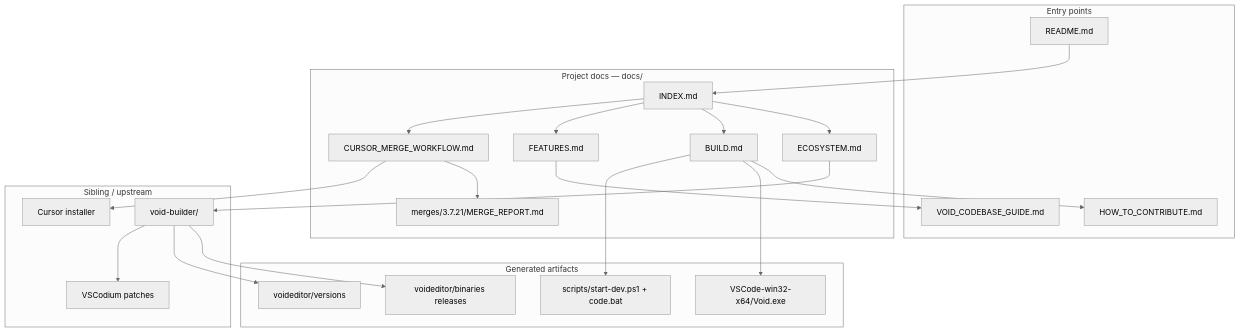
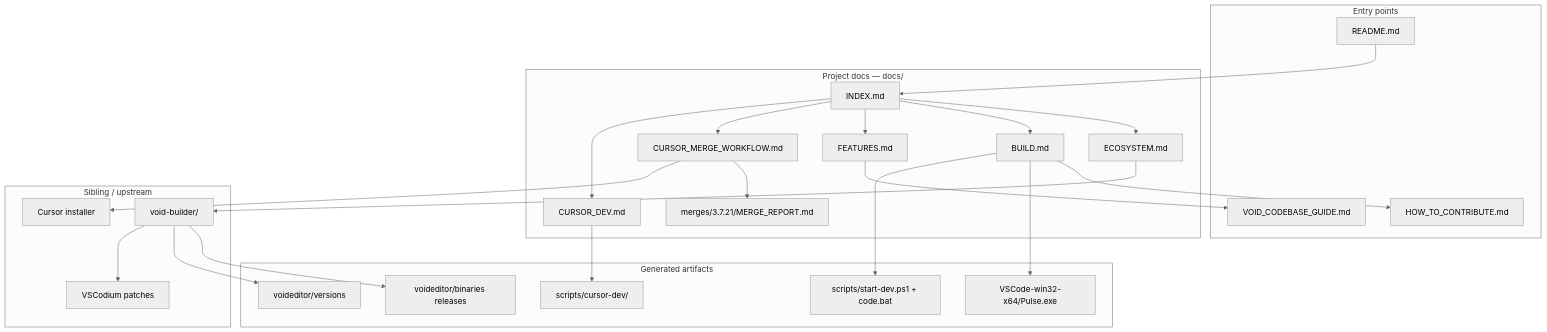
One commit to agnisadhak01/void changed the first of 2 diagrams in docs/INDEX.md. Above: the diagram before and after it, drawn with Mermaid (neutral theme). The commit also changed other lines of this file and 21 other files, not shown here.

Commit message:
Refactor project branding from "Void" to "Pulse" across product.json, documentation, and scripts. Update .gitignore to track cursor patches and mods. Enhance HOW_TO_CONTRIBUTE and BUILD documentation with new development workflows and instructions for Cursor feature integration.

````diff
--- a/docs/INDEX.md
+++ b/docs/INDEX.md
@@ -7,46 +7,50 @@
 ```mermaid
 graph TB
   subgraph entry["Entry points"]
     README[README.md]
     VOID_GUIDE[VOID_CODEBASE_GUIDE.md]
     CONTRIBUTE[HOW_TO_CONTRIBUTE.md]
   end
 
   subgraph project_docs["Project docs — docs/"]
     INDEX[INDEX.md]
     ECOSYSTEM[ECOSYSTEM.md]
     BUILD[BUILD.md]
     FEATURES[FEATURES.md]
     MERGE_WF[CURSOR_MERGE_WORKFLOW.md]
+    CURSOR_DEV[CURSOR_DEV.md]
     MERGE_RPT[merges/3.7.21/MERGE_REPORT.md]
   end
 
   subgraph external["Sibling / upstream"]
     VOID_BUILDER[void-builder/]
     VSCODIUM[VSCodium patches]
     CURSOR[Cursor installer]
   end
 
   subgraph artifacts["Generated artifacts"]
     DEV_VOID[scripts/start-dev.ps1 + code.bat]
-    LOCAL_EXE[VSCode-win32-x64/Void.exe]
+    LOCAL_EXE[VSCode-win32-x64/Pulse.exe]
+    CURSOR_REF[scripts/cursor-dev/]
     CI_RELEASE[voideditor/binaries releases]
     VERSIONS[voideditor/versions]
   end
 
   README --> INDEX
   INDEX --> ECOSYSTEM
   INDEX --> BUILD
   INDEX --> FEATURES
   INDEX --> MERGE_WF
+  INDEX --> CURSOR_DEV
   MERGE_WF --> MERGE_RPT
+  CURSOR_DEV --> CURSOR_REF
   FEATURES --> VOID_GUIDE
   BUILD --> CONTRIBUTE
   ECOSYSTEM --> VOID_BUILDER
   VOID_BUILDER --> CI_RELEASE
   VOID_BUILDER --> VERSIONS
   BUILD --> LOCAL_EXE
   BUILD --> DEV_VOID
   MERGE_WF --> CURSOR
   VOID_BUILDER --> VSCODIUM
 ```
````
